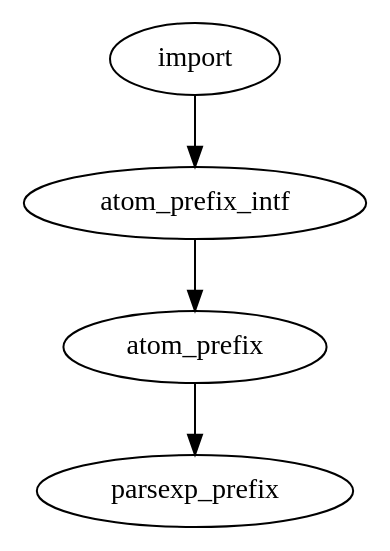
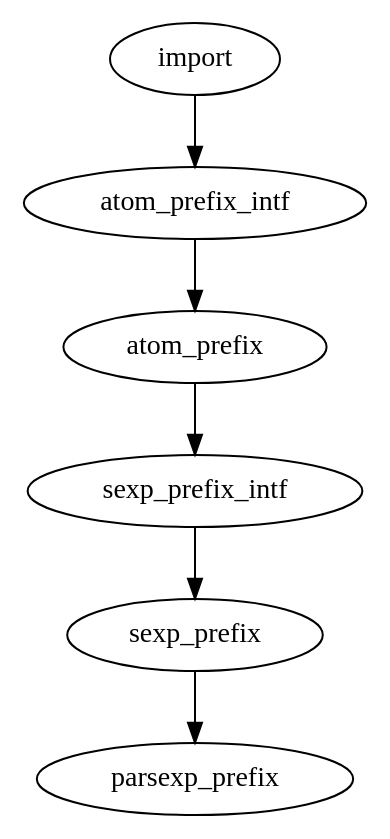
One commit to janestreet/parsexp changed the diagram in prefix/src/dependencies.dot. Above: the diagram before and after it, drawn with Graphviz. The commit also changed 11 other files, not shown here.

```diff
--- a/prefix/src/dependencies.dot
+++ b/prefix/src/dependencies.dot
@@ -1,5 +1,7 @@
 digraph {
+	sexp_prefix -> parsexp_prefix;
+	atom_prefix -> sexp_prefix_intf;
+	sexp_prefix_intf -> sexp_prefix;
 	import -> atom_prefix_intf;
 	atom_prefix_intf -> atom_prefix;
-	atom_prefix -> parsexp_prefix;
 }
```
